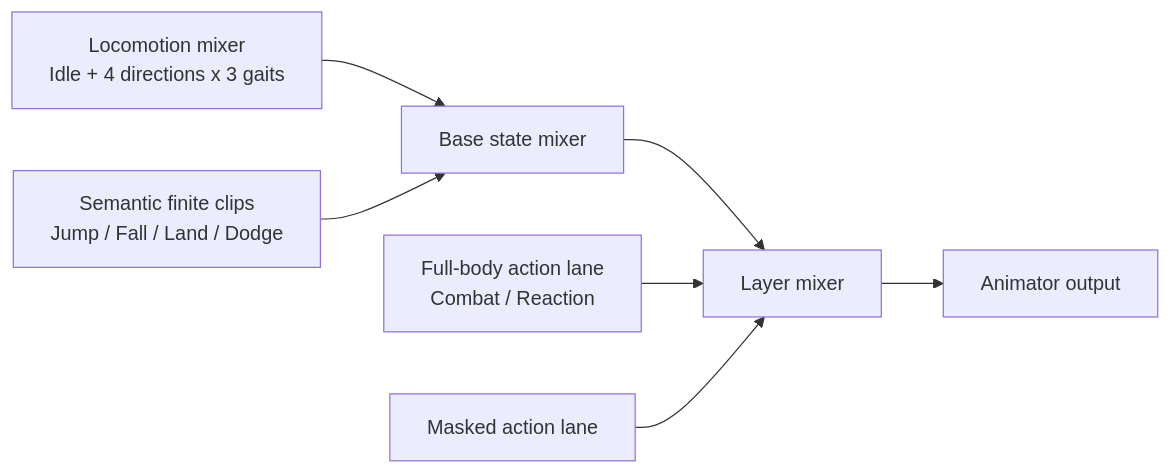
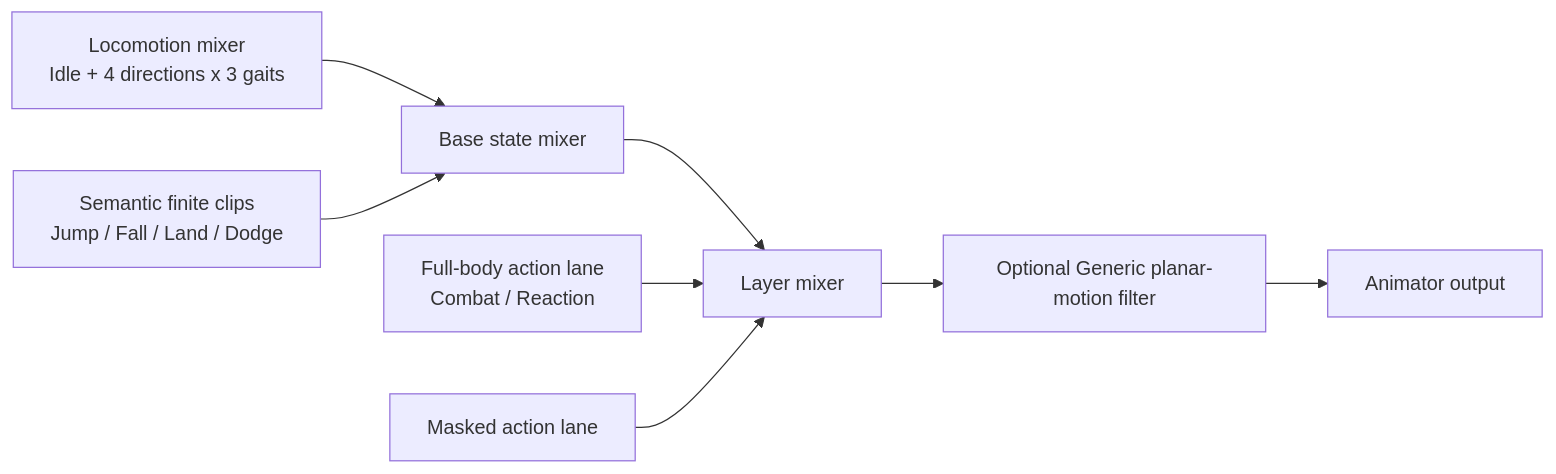
One commit to MaximFonariuc/project-s changed the second of 3 diagrams in Assets/_App/Modules/Animation/README.md. Above: the diagram before and after it, drawn with Mermaid. The commit also changed other lines of this file and 57 other files, not shown here.

````diff
--- a/Assets/_App/Modules/Animation/README.md
+++ b/Assets/_App/Modules/Animation/README.md
@@ -96,9 +109,10 @@
 ```mermaid
 flowchart LR
     L["Locomotion mixer\nIdle + 4 directions x 3 gaits"] --> B["Base state mixer"]
     S["Semantic finite clips\nJump / Fall / Land / Dodge"] --> B
     B --> X["Layer mixer"]
     F["Full-body action lane\nCombat / Reaction"] --> X
     M["Masked action lane"] --> X
-    X --> A["Animator output"]
+    X --> R["Optional Generic planar-motion filter"]
+    R --> A["Animator output"]
 ```
````
